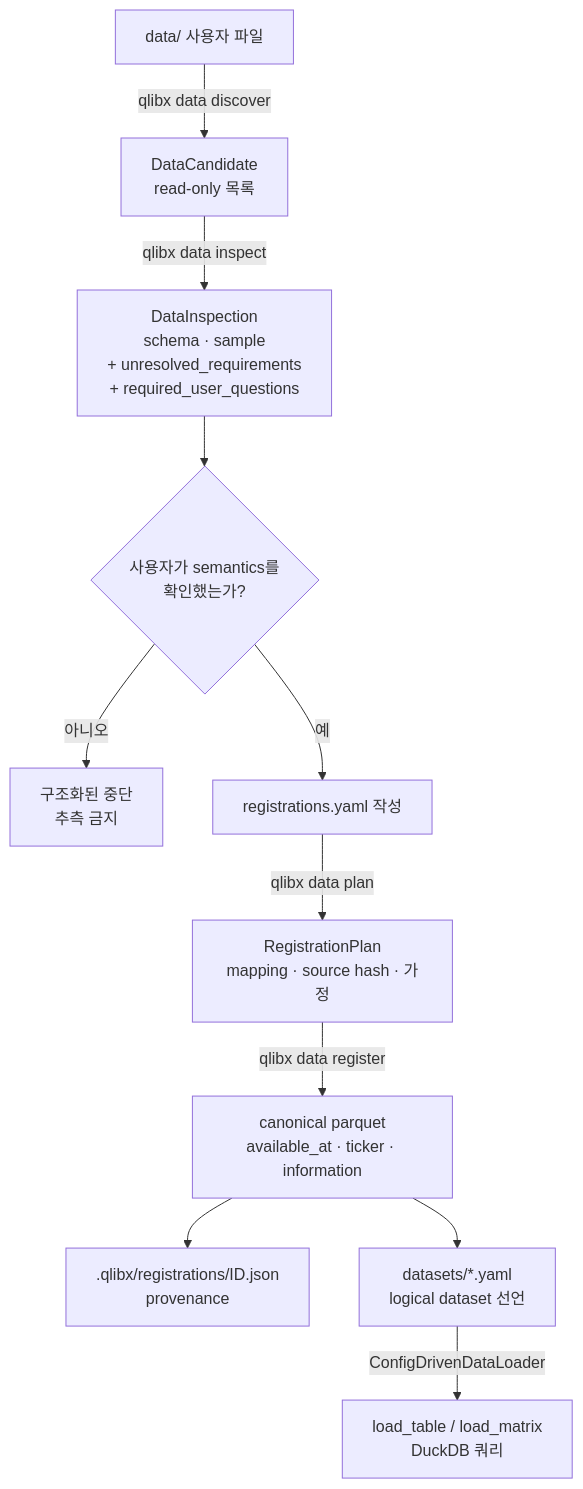
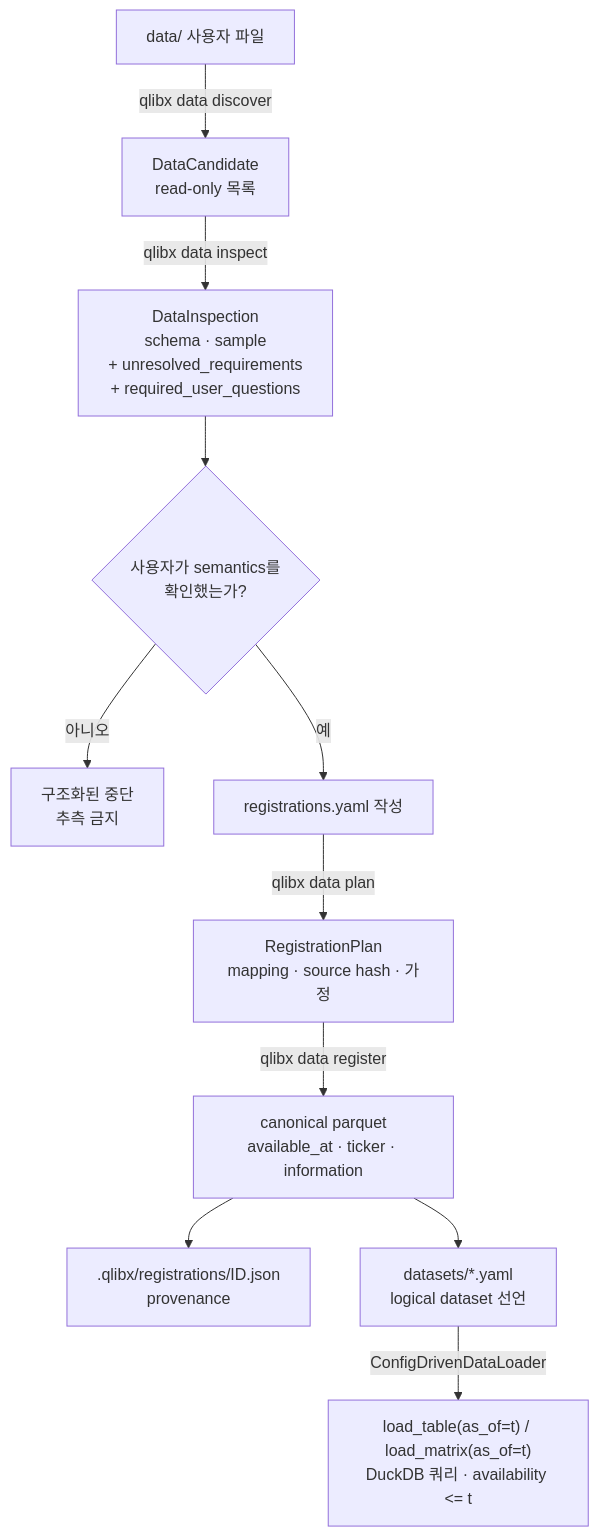
The fifth of 15 diagrams in docs/qlibx-architecture.md (jaepil-choi/qlibx), drawn with Mermaid before and after one commit. The commit also changed other lines of this file and 21 other files, not shown here.

````diff
--- a/docs/qlibx-architecture.md
+++ b/docs/qlibx-architecture.md
@@ -333,13 +368,13 @@
 ```mermaid
 flowchart TB
     A["data/ 사용자 파일"] -->|"qlibx data discover"| B["DataCandidate<br/>read-only 목록"]
     B -->|"qlibx data inspect"| C["DataInspection<br/>schema · sample<br/>+ unresolved_requirements<br/>+ required_user_questions"]
     C --> D{"사용자가 semantics를<br/>확인했는가?"}
     D -->|아니오| STOP["구조화된 중단<br/>추측 금지"]
     D -->|예| E["registrations.yaml 작성"]
     E -->|"qlibx data plan"| F["RegistrationPlan<br/>mapping · source hash · 가정"]
     F -->|"qlibx data register"| G["canonical parquet<br/>available_at · ticker · information"]
     G --> H[".qlibx/registrations/ID.json<br/>provenance"]
     G --> I["datasets/*.yaml<br/>logical dataset 선언"]
-    I -->|"ConfigDrivenDataLoader"| J["load_table / load_matrix<br/>DuckDB 쿼리"]
+    I -->|"ConfigDrivenDataLoader"| J["load_table(as_of=t) / load_matrix(as_of=t)<br/>DuckDB 쿼리 · availability <= t"]
 ```
````
